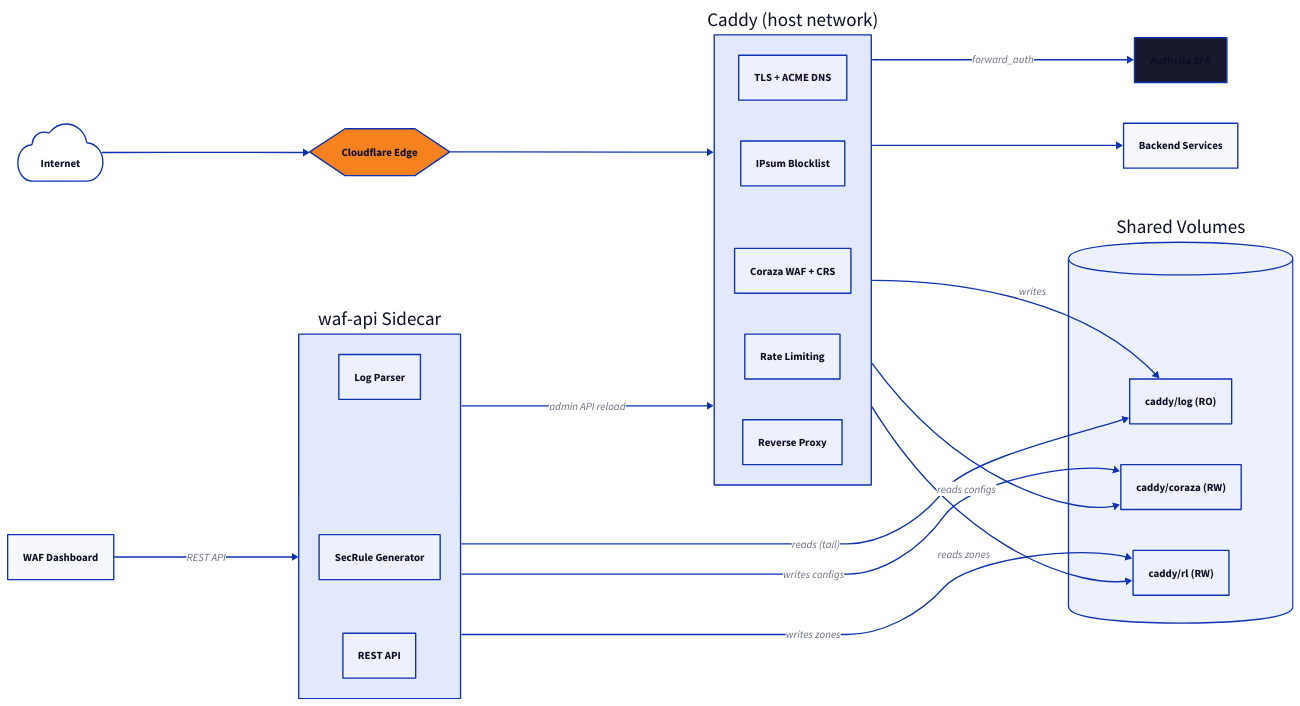
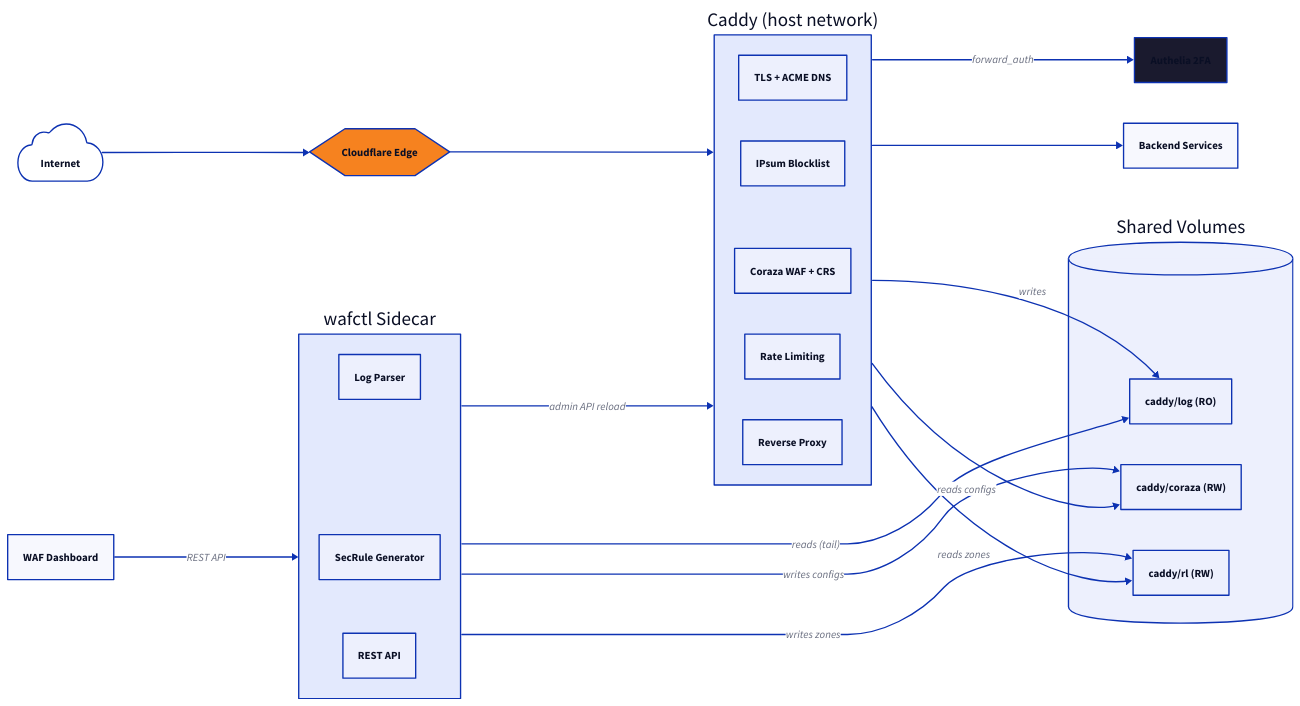
The diagram in src/content/docs/guides/caddy-compose-waf.mdx (erfianugrah/lexicanum), drawn with D2 before and after one commit. The commit also changed other lines of this file, not shown here.

Commit message:
docs: update caddy-compose-waf guide for wafctl rename, v1.30.0, and new features

````diff
--- a/src/content/docs/guides/caddy-compose-waf.mdx
+++ b/src/content/docs/guides/caddy-compose-waf.mdx
@@ -34,58 +36,58 @@
 ```d2
 direction: right
 
 internet: Internet {
   shape: cloud
 }
 
 cf: Cloudflare Edge {
   shape: hexagon
   style.fill: "#f6821f"
 }
 
 caddy: Caddy (host network) {
   tls: TLS + ACME DNS
   ipsum: IPsum Blocklist
   waf: Coraza WAF + CRS
   rl: Rate Limiting
   proxy: Reverse Proxy
 }
 
 authelia: Authelia 2FA {
   shape: rectangle
   style.fill: "#1a1a2e"
 }
 
-waf-api: waf-api Sidecar {
+wafctl: wafctl Sidecar {
   parser: Log Parser
   generator: SecRule Generator
   api: REST API
 }
 
 dashboard: WAF Dashboard {
   shape: rectangle
 }
 
 backends: Backend Services {
   shape: rectangle
 }
 
 volumes: Shared Volumes {
   shape: cylinder
   logs: "caddy/log (RO)"
   coraza: "caddy/coraza (RW)"
   rl: "caddy/rl (RW)"
 }
 
 internet -> cf -> caddy
 caddy -> authelia: forward_auth
 caddy -> backends
 caddy -> volumes.logs: writes
-waf-api -> volumes.logs: reads (tail)
-waf-api -> volumes.coraza: writes configs
-waf-api -> volumes.rl: writes zones
+wafctl -> volumes.logs: reads (tail)
+wafctl -> volumes.coraza: writes configs
+wafctl -> volumes.rl: writes zones
 caddy -> volumes.coraza: reads configs
 caddy -> volumes.rl: reads zones
-dashboard -> waf-api: REST API
-waf-api -> caddy: admin API reload
+dashboard -> wafctl: REST API
+wafctl -> caddy: admin API reload
 ```
````
